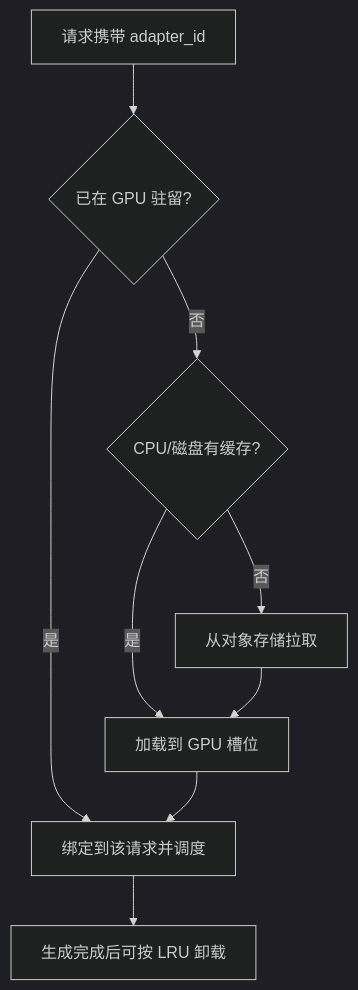
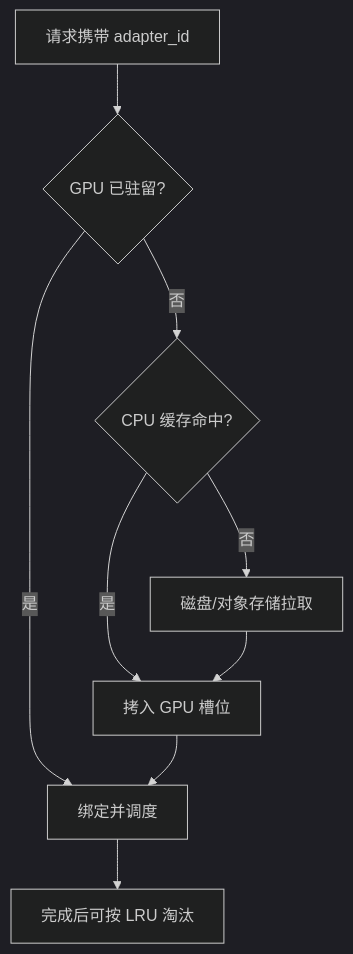
One commit to tqm6666/AIInfraGuide changed the diagram in docs/guides/模块四-推理优化/第8章-生产级服务特性/8.3-Multi-LoRA服务.md. Above: the diagram before and after it, drawn with Mermaid (dark theme). The commit also changed other lines of this file and 5 other files, not shown here.

````diff
--- a/docs/guides/模块四-推理优化/第8章-生产级服务特性/8.3-Multi-LoRA服务.md
+++ b/docs/guides/模块四-推理优化/第8章-生产级服务特性/8.3-Multi-LoRA服务.md
@@ -67,11 +56,11 @@
 ```mermaid
 flowchart TD
-    A["请求携带 adapter_id"] --> B{"已在 GPU 驻留?"}
-    B -->|是| C["绑定到该请求并调度"]
-    B -->|否| D{"CPU/磁盘有缓存?"}
-    D -->|是| E["加载到 GPU 槽位"]
-    D -->|否| F["从对象存储拉取"]
+    A["请求携带 adapter_id"] --> B{"GPU 已驻留?"}
+    B -->|是| C["绑定并调度"]
+    B -->|否| D{"CPU 缓存命中?"}
+    D -->|是| E["拷入 GPU 槽位"]
+    D -->|否| F["磁盘/对象存储拉取"]
+    F --> E
     E --> C
-    F --> E
-    C --> G["生成完成后可按 LRU 卸载"]
+    C --> G["完成后可按 LRU 淘汰"]
 ```
````
